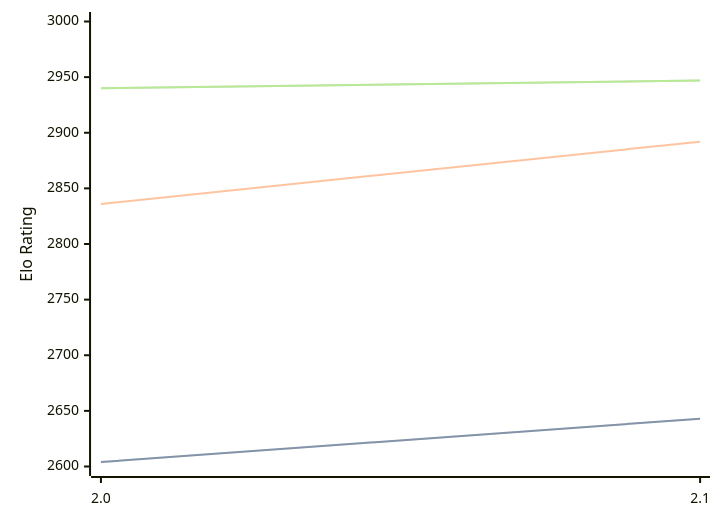
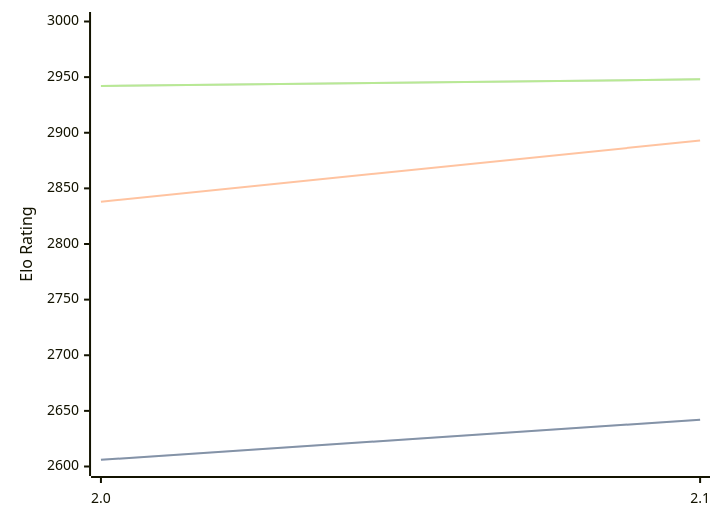
Before and after one commit to computer-chess-index/cci: the diagram in engines/Noggin.md, drawn with Mermaid. The commit also changed other lines of this file, not shown here.

Commit message:
Update CCI Ratings (ELO VLTC) - 2026-10-09

````diff
--- a/engines/Noggin.md
+++ b/engines/Noggin.md
@@ -33,11 +33,11 @@
 ```mermaid
 %%{init: {"theme":"base","themeVariables":{"seriesColors:['#a3a3a3','#222221','#faa371']}}}%%
 xychart-beta
   x-axis ["2.0", "2.1"]
   y-axis "Elo Rating" 2600 --> 3000
-  line "" [2604, 2643]
-  line "STC (8.0+0.08s)" [2604, 2643]
-  line "LTC (60.0+0.60s)" [2836, 2892]
-  line "" [2940, 2947]
-  line "VLTC (2m24s+1.12s)" [2940, 2947]
+  line "" [2606, 2642]
+  line "STC (8.0+0.08s)" [2606, 2642]
+  line "LTC (60.0+0.60s)" [2838, 2893]
+  line "" [2942, 2948]
+  line "VLTC (2m24s+1.12s)" [2942, 2948]
 ```
````
